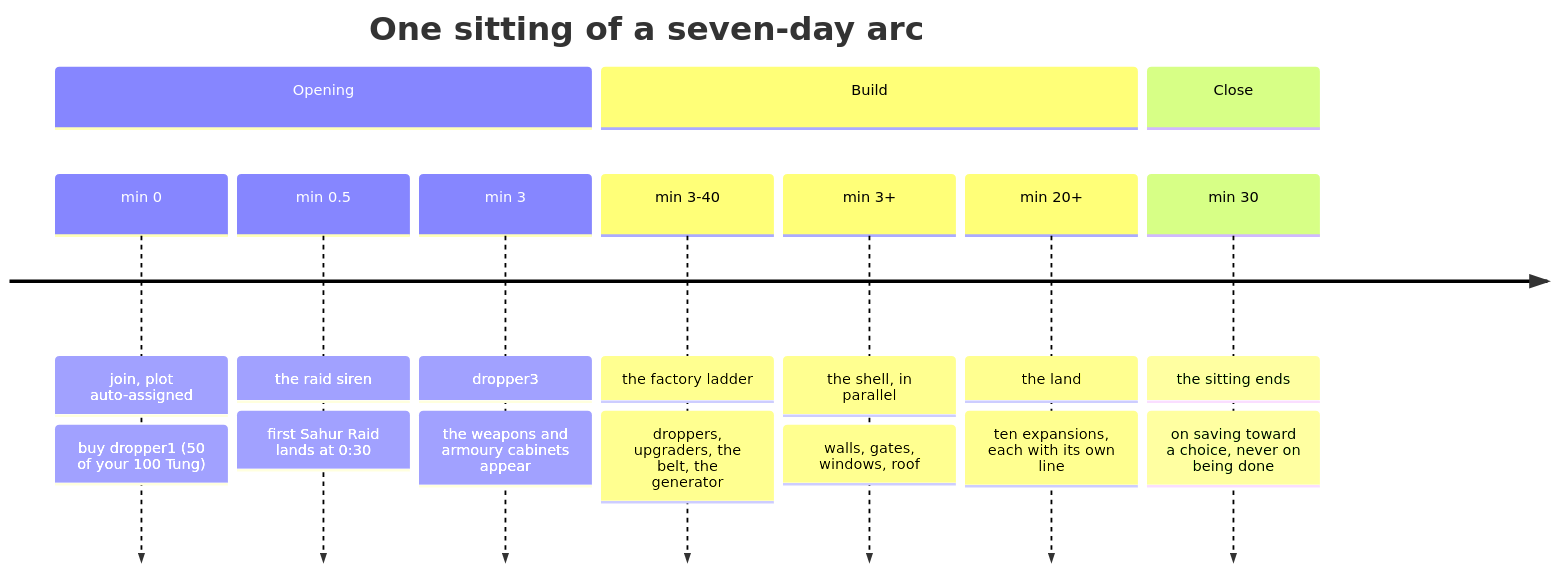
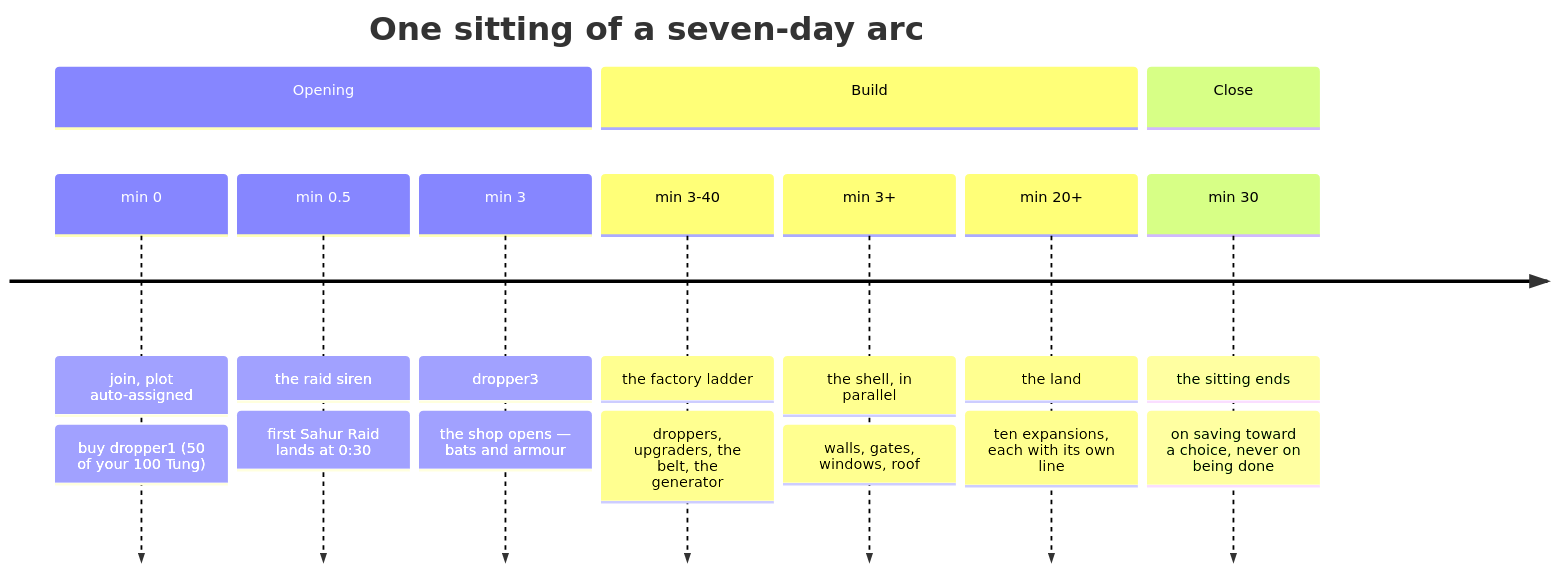
Before and after one commit to adit-rah/ttt: the first of 6 diagrams in docs/design/GAME.md, drawn with Mermaid. The commit also changed other lines of this file and 21 other files, not shown here.

````diff
--- a/docs/design/GAME.md
+++ b/docs/design/GAME.md
@@ -34,14 +34,14 @@
 ```mermaid
 timeline
     title One sitting of a seven-day arc
     section Opening
         min 0  : join, plot auto-assigned : buy dropper1 (50 of your 100 Tung)
         min 0.5 : the raid siren : first Sahur Raid lands at 0:30
-        min 3  : dropper3 : the weapons and armoury cabinets appear
+        min 3  : dropper3 : the shop opens — bats and armour
     section Build
         min 3-40 : the factory ladder : droppers, upgraders, the belt, the generator
         min 3+   : the shell, in parallel : walls, gates, windows, roof
         min 20+  : the land : ten expansions, each with its own line
     section Close
         min 30 : the sitting ends : on saving toward a choice, never on being done
 ```
````
